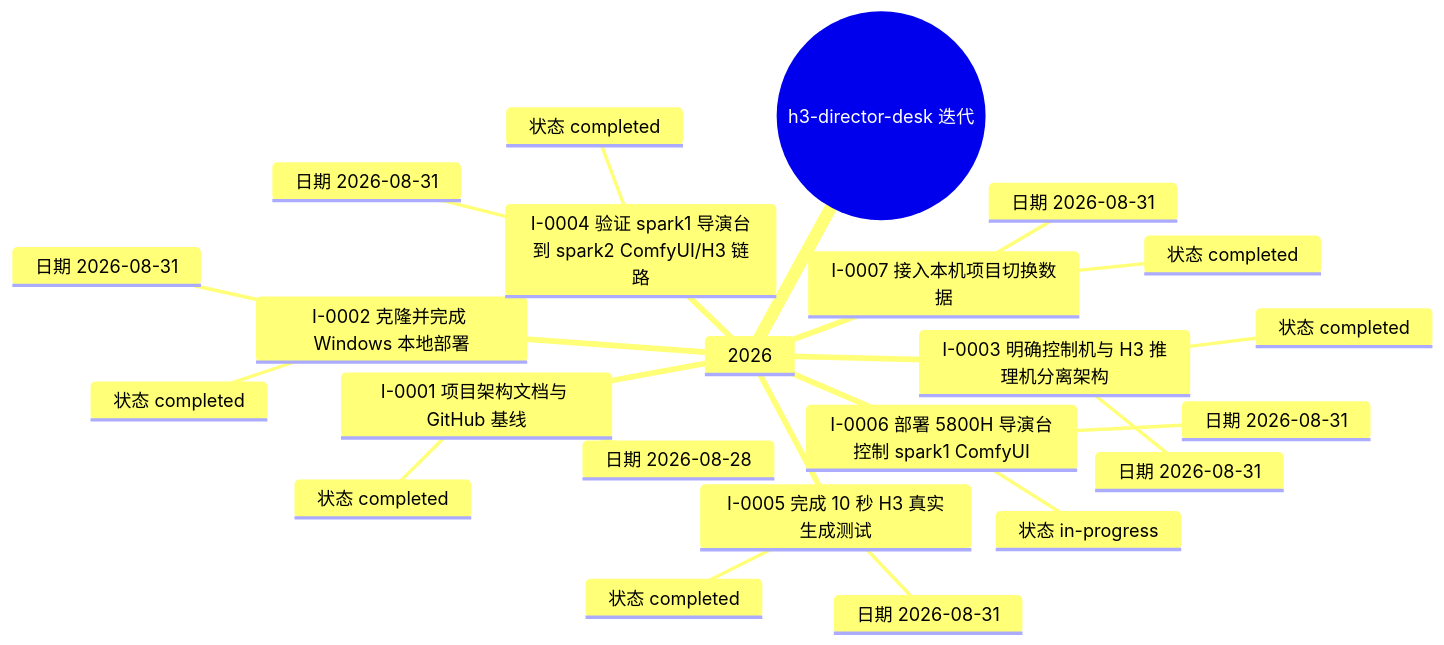
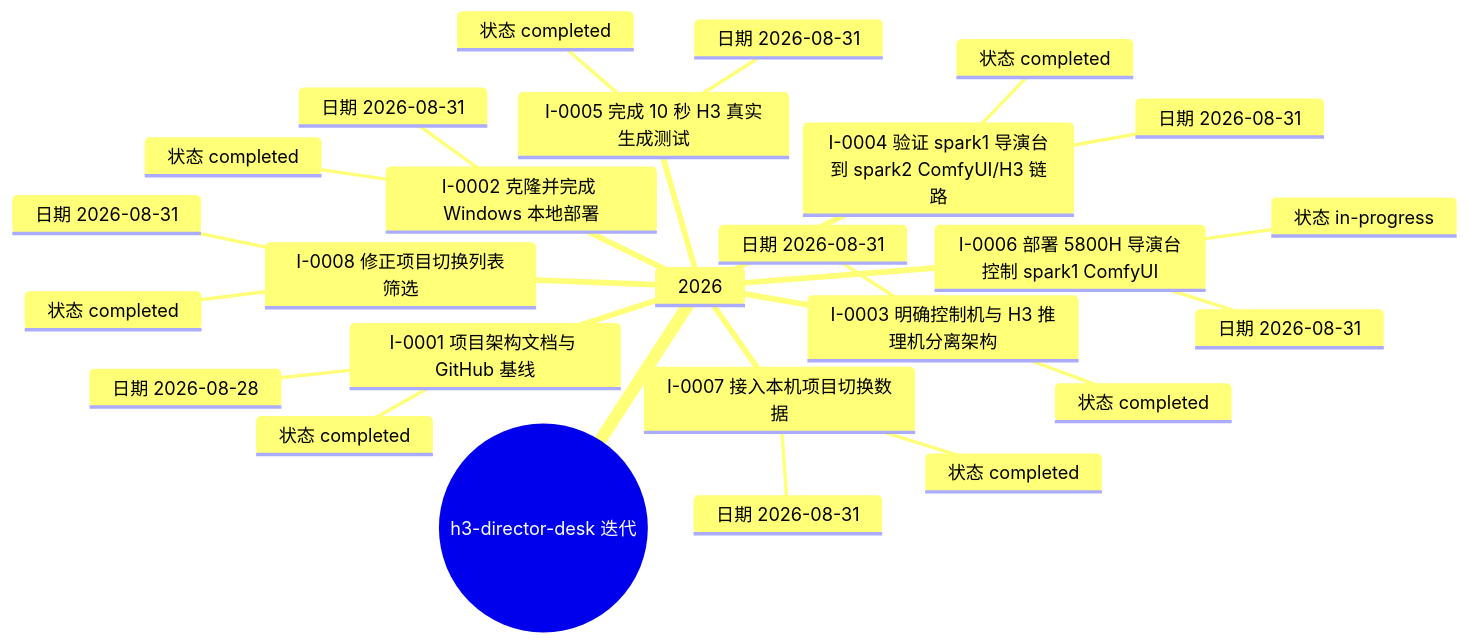
One commit to Exalex/h3-director-desk changed the diagram in docs/project-evolution/mindmaps/iterations.md. Above: the diagram before and after it, drawn with Mermaid. The commit also changed other lines of this file and 6 other files, not shown here.

````diff
--- a/docs/project-evolution/mindmaps/iterations.md
+++ b/docs/project-evolution/mindmaps/iterations.md
@@ -5,26 +5,29 @@
 ```mermaid
 mindmap
   root((h3-director-desk 迭代))
     2026
       I-0001 项目架构文档与 GitHub 基线
         状态 completed
         日期 2026-08-28
       I-0002 克隆并完成 Windows 本地部署
         状态 completed
         日期 2026-08-31
       I-0003 明确控制机与 H3 推理机分离架构
         状态 completed
         日期 2026-08-31
       I-0004 验证 spark1 导演台到 spark2 ComfyUI/H3 链路
         状态 completed
         日期 2026-08-31
       I-0005 完成 10 秒 H3 真实生成测试
         状态 completed
         日期 2026-08-31
       I-0006 部署 5800H 导演台控制 spark1 ComfyUI
         状态 in-progress
         日期 2026-08-31
       I-0007 接入本机项目切换数据
         状态 completed
         日期 2026-08-31
+      I-0008 修正项目切换列表筛选
+        状态 completed
+        日期 2026-08-31
 ```
````
